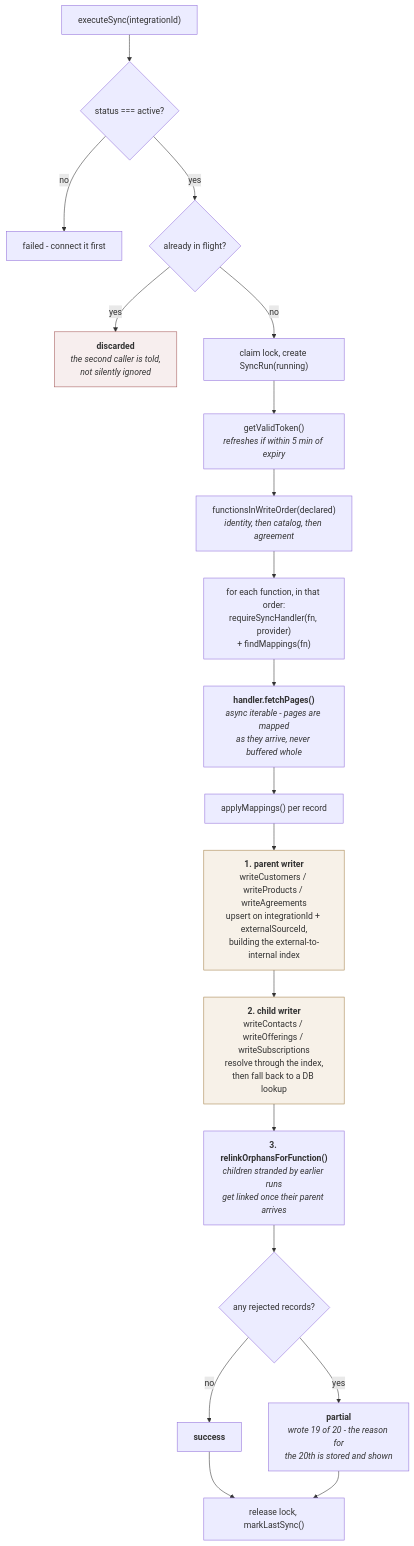
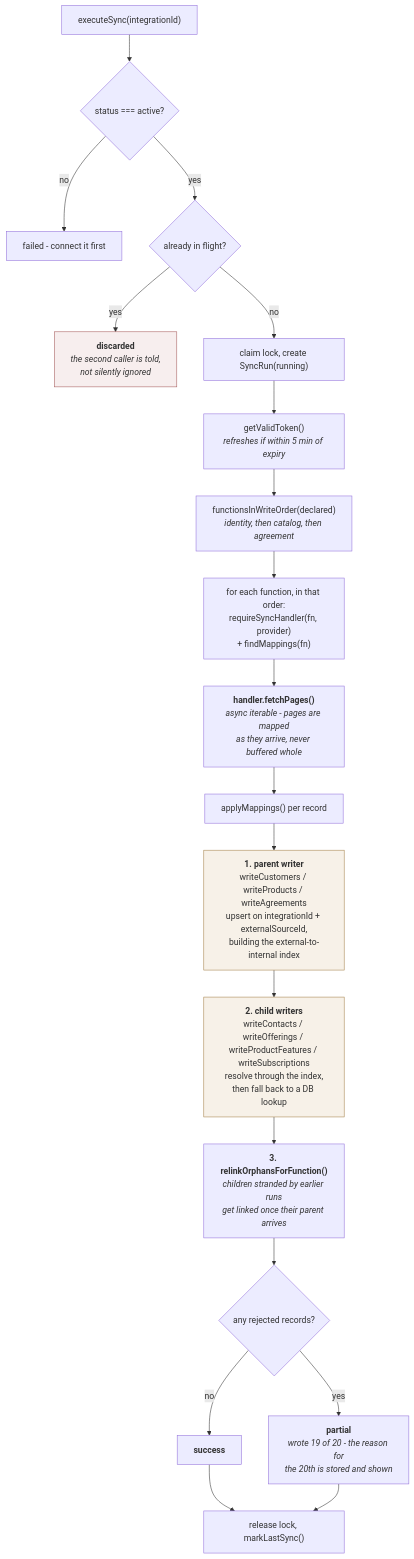
The fifth of 9 diagrams in docs/architecture.md (ajibade-ibrahim/Integration-Demo), drawn with Mermaid before and after one commit. The commit also changed other lines of this file and 30 other files, not shown here.

````diff
--- a/docs/architecture.md
+++ b/docs/architecture.md
@@ -281,30 +281,30 @@
 ```mermaid
 flowchart TB
     START["executeSync(integrationId)"] --> G1{"status === active?"}
     G1 -->|no| FAIL1["failed - connect it first"]
     G1 -->|yes| G2{"already in flight?"}
     G2 -->|yes| DISC["<b>discarded</b><br/><i>the second caller is told,<br/>not silently ignored</i>"]
     G2 -->|no| LOCK["claim lock, create SyncRun(running)"]
 
     LOCK --> TOK["getValidToken()<br/><i>refreshes if within 5 min of expiry</i>"]
     TOK --> ORDER["functionsInWriteOrder(declared)<br/><i>identity, then catalog, then agreement</i>"]
     ORDER --> LOOP["for each function, in that order:<br/>requireSyncHandler(fn, provider)<br/>+ findMappings(fn)"]
 
     LOOP --> FETCH["<b>handler.fetchPages()</b><br/><i>async iterable - pages are mapped<br/>as they arrive, never buffered whole</i>"]
     FETCH --> MAP["applyMappings() per record"]
 
     MAP --> WC["<b>1. parent writer</b><br/>writeCustomers / writeProducts / writeAgreements<br/>upsert on integrationId + externalSourceId,<br/>building the external-to-internal index"]
-    WC --> WK["<b>2. child writer</b><br/>writeContacts / writeOfferings / writeSubscriptions<br/>resolve through the index,<br/>then fall back to a DB lookup"]
+    WC --> WK["<b>2. child writers</b><br/>writeContacts / writeOfferings / writeProductFeatures / writeSubscriptions<br/>resolve through the index,<br/>then fall back to a DB lookup"]
     WK --> RELINK["<b>3. relinkOrphansForFunction()</b><br/><i>children stranded by earlier runs<br/>get linked once their parent arrives</i>"]
 
     RELINK --> STATUS{"any rejected records?"}
     STATUS -->|no| OK["<b>success</b>"]
     STATUS -->|yes| PART["<b>partial</b><br/><i>wrote 19 of 20 - the reason for<br/>the 20th is stored and shown</i>"]
 
     OK --> REL["release lock, markLastSync()"]
     PART --> REL
 
     style WC fill:#f7f1e8,stroke:#a5824a
     style WK fill:#f7f1e8,stroke:#a5824a
     style DISC fill:#f7eeee,stroke:#a55a5a
 ```
````
